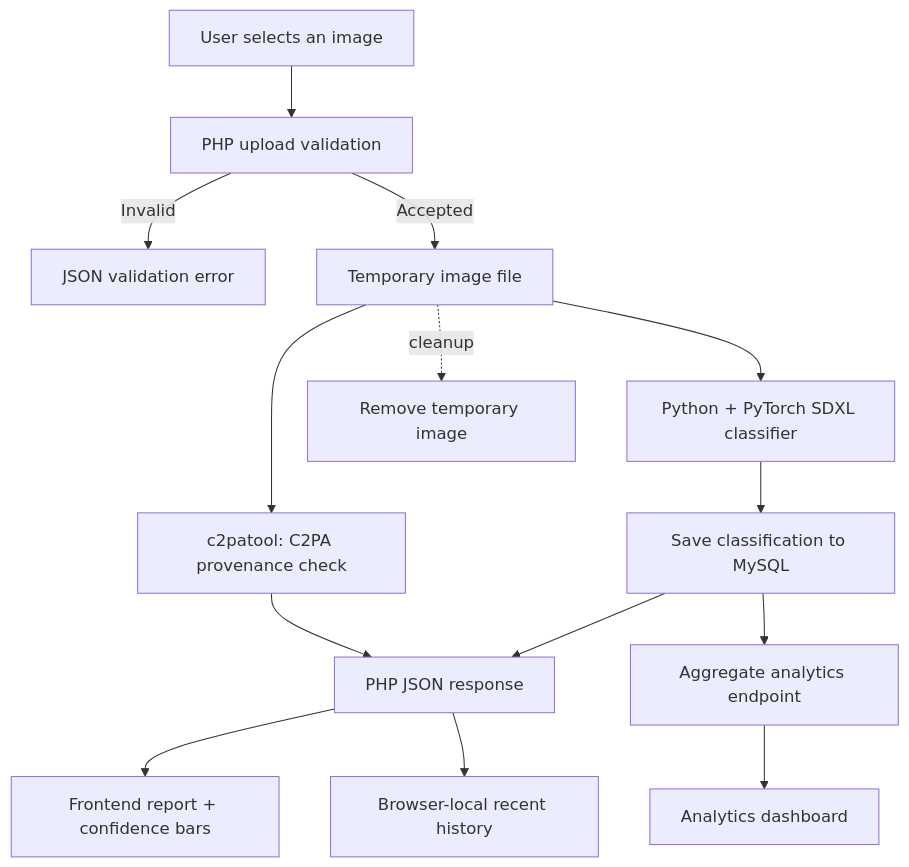
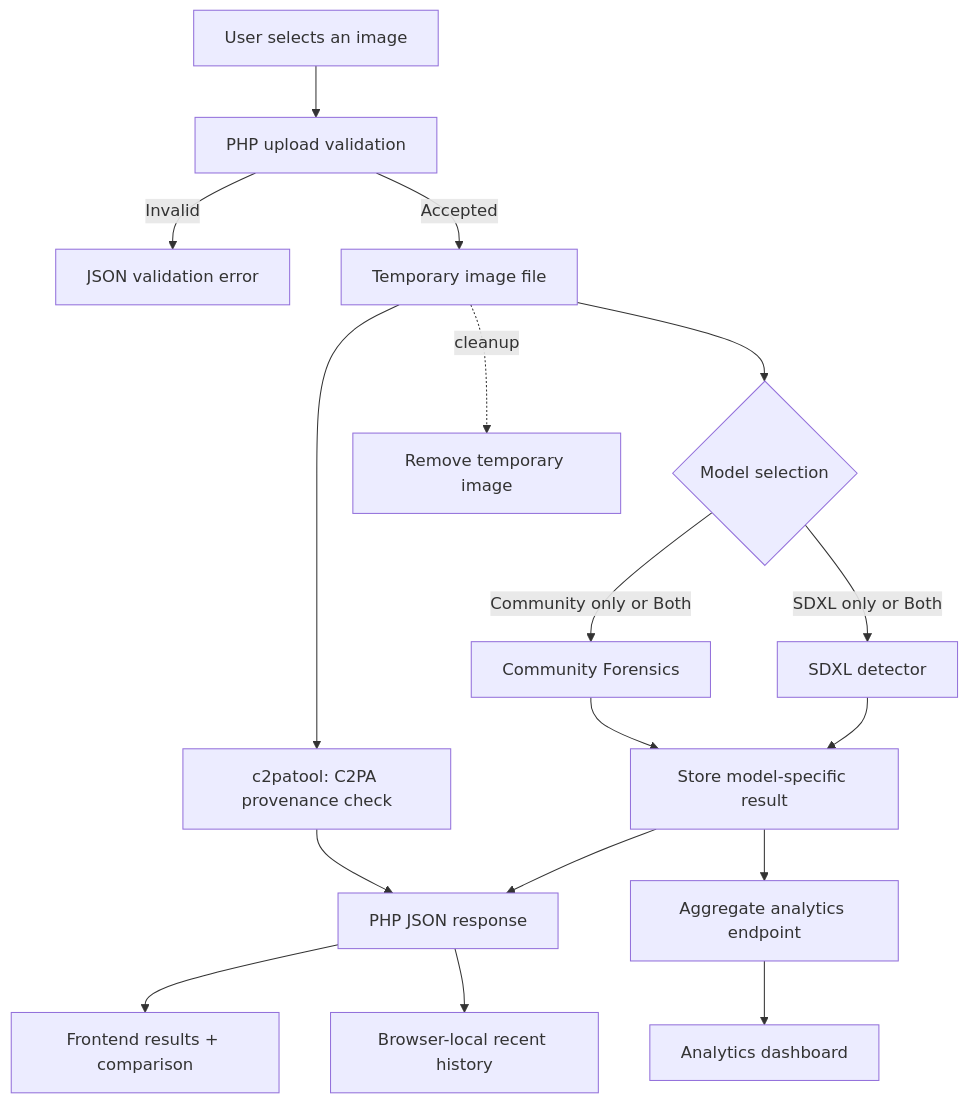
Before and after one commit to stanly-sys/AI-detector: the diagram in README.md, drawn with Mermaid. The commit also changed other lines of this file and 24 other files, not shown here.

````diff
--- a/README.md
+++ b/README.md
@@ -48,16 +50,19 @@
 ```mermaid
 flowchart TD
     A[User selects an image] --> B[PHP upload validation]
     B -->|Invalid| X[JSON validation error]
     B -->|Accepted| C[Temporary image file]
-    C --> D[Python + PyTorch SDXL classifier]
+    C --> M{Model selection}
+    M -->|SDXL only or Both| D[SDXL detector]
+    M -->|Community only or Both| Q[Community Forensics]
     C --> E[c2patool: C2PA provenance check]
-    D --> F[Save classification to MySQL]
+    D --> F[Store model-specific result]
+    Q --> F
     F --> G[PHP JSON response]
     E --> G
-    G --> H[Frontend report + confidence bars]
+    G --> H[Frontend results + comparison]
     G --> I[Browser-local recent history]
     F --> J[Aggregate analytics endpoint]
     J --> K[Analytics dashboard]
     C -. cleanup .-> L[Remove temporary image]
 ```
````
